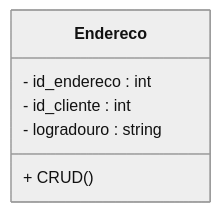
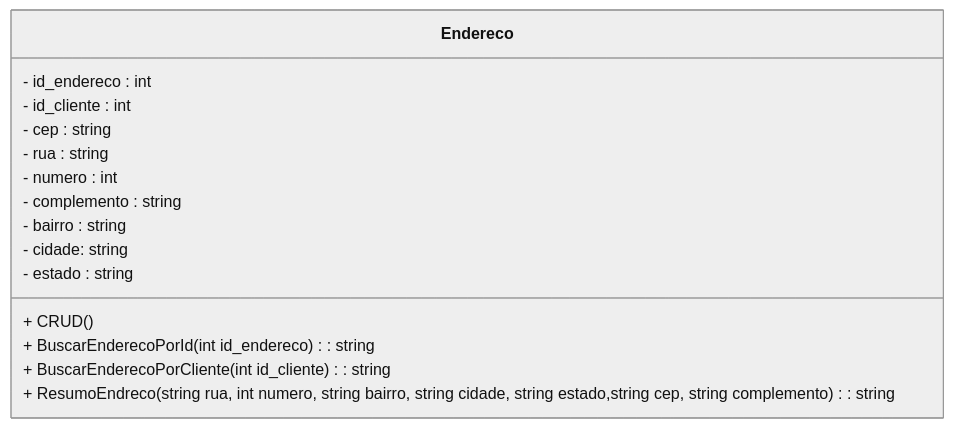
One commit to SENAI-TOYOTA/ToyotaTech changed the second of 11 diagrams in UML.md. Above: the diagram before and after it, drawn with Mermaid (neutral theme). The commit also changed other lines of this file, not shown here.

````diff
--- a/UML.md
+++ b/UML.md
@@ -20,9 +20,18 @@
 ```mermaid
         classDiagram
         class Endereco{
             - id_endereco : int
             - id_cliente : int
-            - logradouro : string
+            - cep : string
+            - rua : string
+            - numero : int
+            - complemento : string
+            - bairro : string
+            - cidade: string
+            - estado : string
             + CRUD ()
+            + BuscarEnderecoPorId (int id_endereco) : string
+            + BuscarEnderecoPorCliente (int id_cliente) : string
+            + ResumoEndreco (string rua, int numero, string bairro, string cidade, string estado,string cep, string complemento) : string
         }
 ```
````
